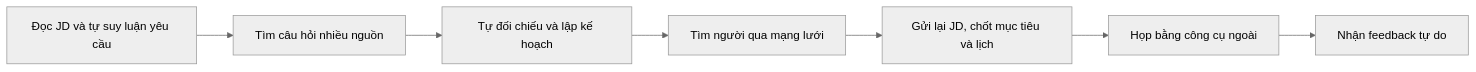
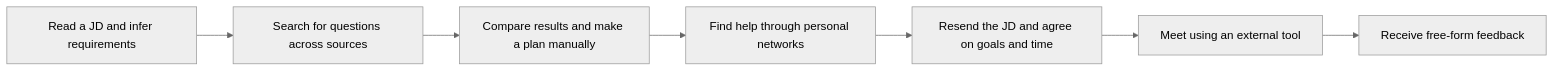
Before and after one commit to tnnhuaa/InterviewQuestionBank: the diagram in docs/Project_Proposal/Existing_Tools_Analysis.md, drawn with Mermaid (neutral theme). The commit also changed other lines of this file and 70 other files, not shown here.

````diff
--- a/docs/Project_Proposal/Existing_Tools_Analysis.md
+++ b/docs/Project_Proposal/Existing_Tools_Analysis.md
@@ -22,9 +22,9 @@
 ```mermaid
 flowchart LR
-    A["Đọc JD và tự suy luận yêu cầu"] --> B["Tìm câu hỏi nhiều nguồn"]
-    B --> C["Tự đối chiếu và lập kế hoạch"]
-    C --> D["Tìm người qua mạng lưới"]
-    D --> E["Gửi lại JD, chốt mục tiêu và lịch"]
-    E --> F["Họp bằng công cụ ngoài"]
-    F --> G["Nhận feedback tự do"]
+    A["Read a JD and infer requirements"] --> B["Search for questions across sources"]
+    B --> C["Compare results and make a plan manually"]
+    C --> D["Find help through personal networks"]
+    D --> E["Resend the JD and agree on goals and time"]
+    E --> F["Meet using an external tool"]
+    F --> G["Receive free-form feedback"]
 ```
````
